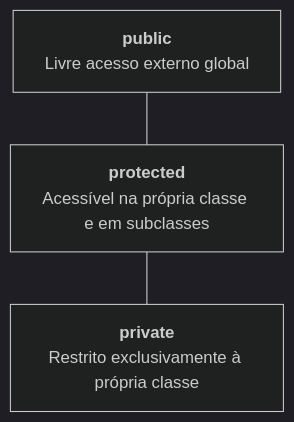
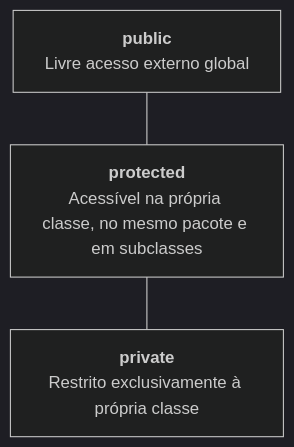
One commit to Lubrisa/fatec-curso-oo changed the second of 3 diagrams in teoria/05-encapsulamento.md. Above: the diagram before and after it, drawn with Mermaid (dark theme). The commit also changed other lines of this file and 5 other files, not shown here.

````diff
--- a/teoria/05-encapsulamento.md
+++ b/teoria/05-encapsulamento.md
@@ -118,9 +118,9 @@
 ```mermaid
 graph TD
     PUB["<b>public</b><br>Livre acesso externo global"]
-    PROT["<b>protected</b><br>Acessível na própria classe e em subclasses"]
+    PROT["<b>protected</b><br>Acessível na própria classe, no mesmo pacote e em subclasses"]
     PRIV["<b>private</b><br>Restrito exclusivamente à própria classe"]
 
     PUB --- PROT
     PROT --- PRIV
 ```
````
